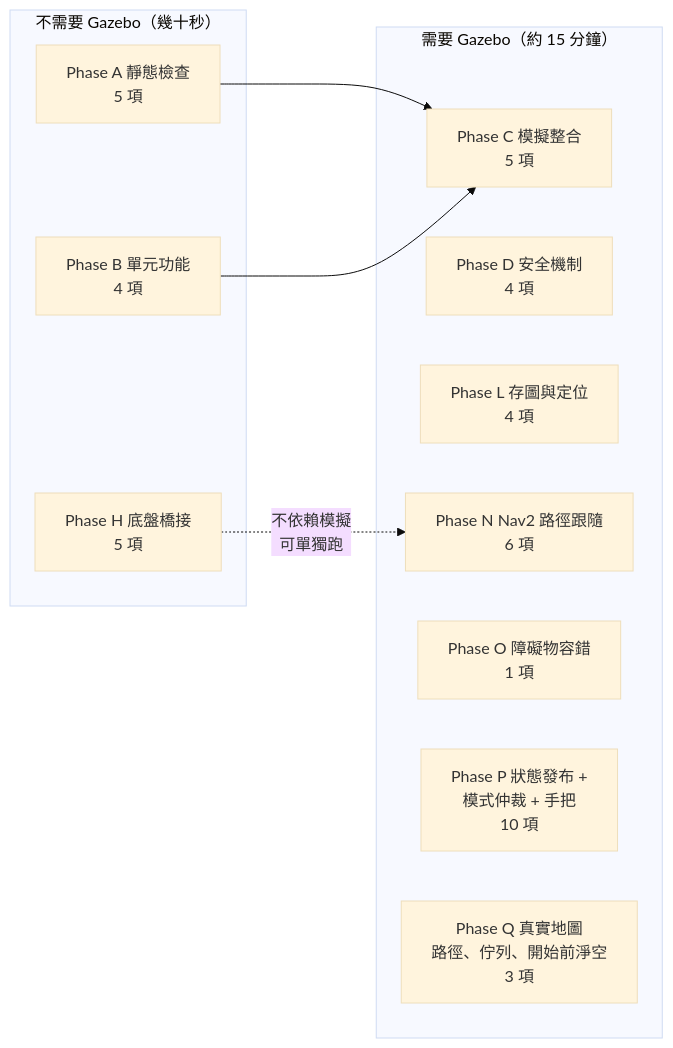
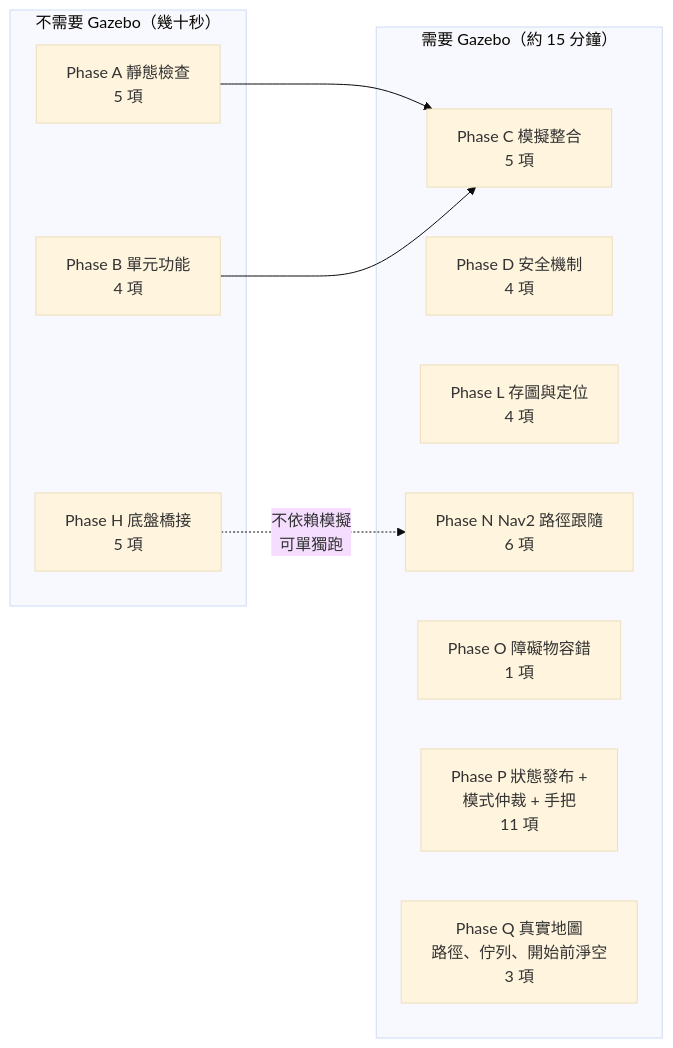
The sixth of 7 diagrams in docs/architecture.md (a04151997/mowerbot), drawn with Mermaid (base theme) before and after one commit. The commit also changed other lines of this file and 4 other files, not shown here.

````diff
--- a/docs/architecture.md
+++ b/docs/architecture.md
@@ -219,20 +222,20 @@
 ```mermaid
 graph LR
     subgraph 不需要模擬器["不需要 Gazebo（幾十秒）"]
         A["Phase A 靜態檢查<br/>5 項"]
         B["Phase B 單元功能<br/>4 項"]
         H["Phase H 底盤橋接<br/>5 項"]
     end
     subgraph 需要模擬器["需要 Gazebo（約 15 分鐘）"]
         C["Phase C 模擬整合<br/>5 項"]
         D["Phase D 安全機制<br/>4 項"]
         L["Phase L 存圖與定位<br/>4 項"]
         N["Phase N Nav2 路徑跟隨<br/>6 項"]
         O["Phase O 障礙物容錯<br/>1 項"]
-        P["Phase P 狀態發布 +<br/>模式仲裁 + 手把<br/>10 項"]
+        P["Phase P 狀態發布 +<br/>模式仲裁 + 手把<br/>11 項"]
         Q["Phase Q 真實地圖<br/>路徑、佇列、開始前淨空<br/>3 項"]
     end
     A --> C
     B --> C
     H -.->|"不依賴模擬<br/>可單獨跑"| N
 ```
````
